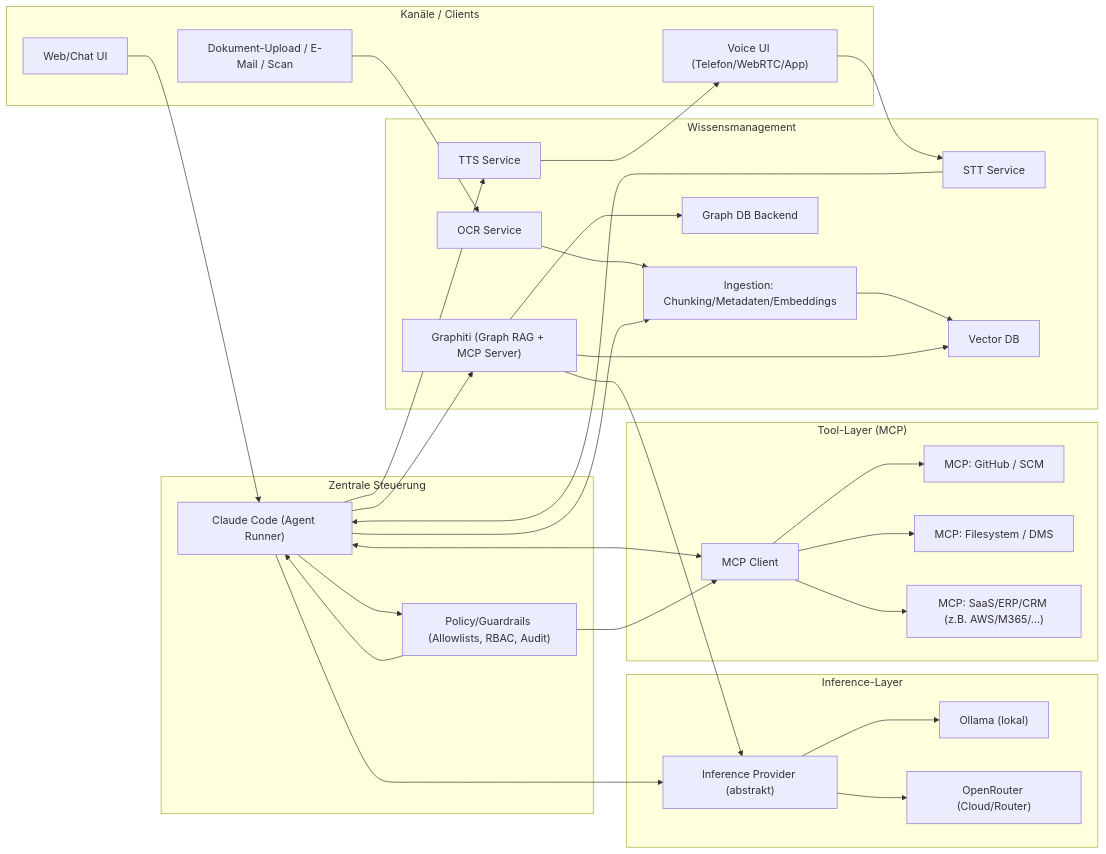
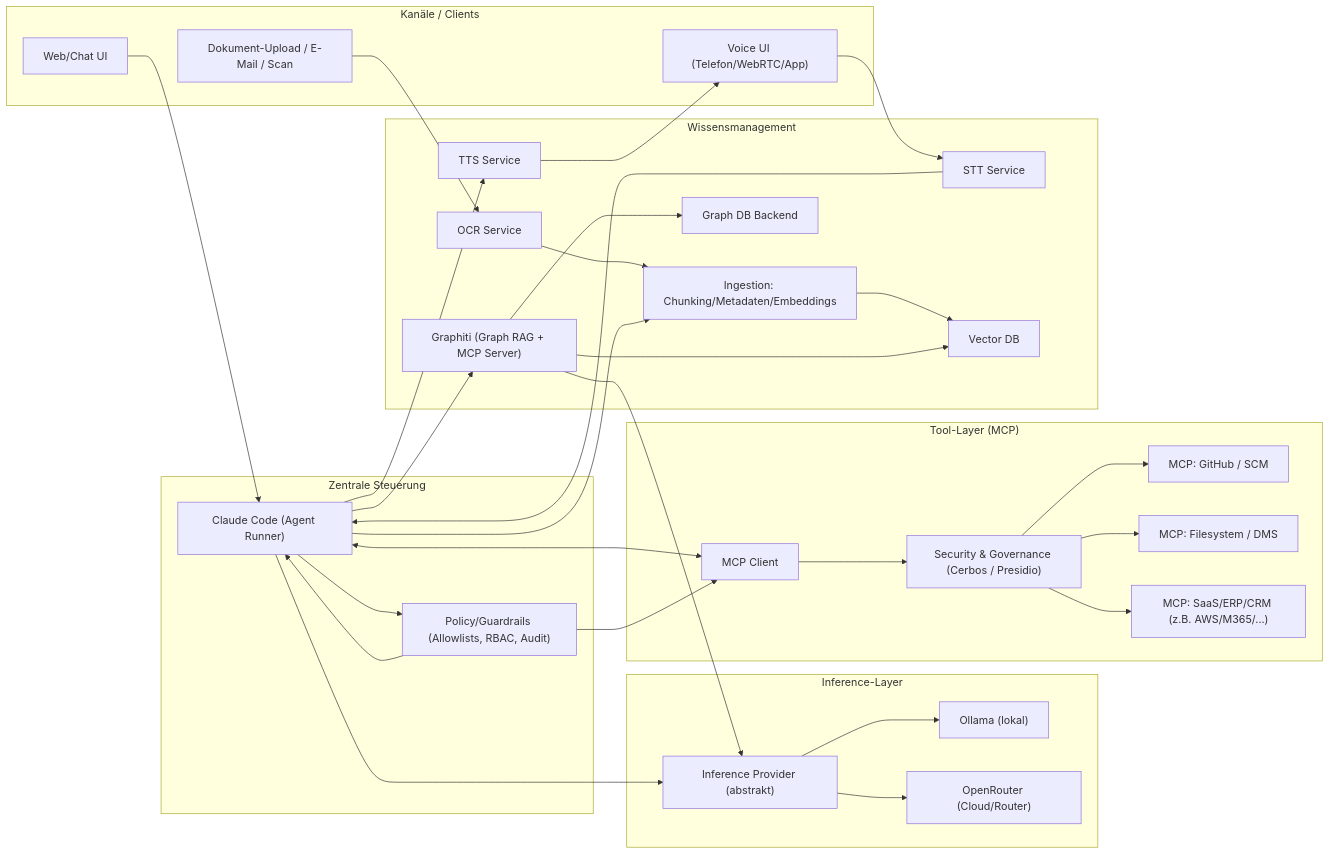
Before and after one commit to alstit01/PluginRemoteDiscoverySession: the diagram in GitHub_Tech-Stack_KMU.md, drawn with Mermaid. The commit also changed other lines of this file and 21 other files, not shown here.

````diff
--- a/GitHub_Tech-Stack_KMU.md
+++ b/GitHub_Tech-Stack_KMU.md
@@ -45,61 +45,63 @@
 ```mermaid
 flowchart LR
   subgraph Clients["Kanäle / Clients"]
     UI["Web/Chat UI"]
     VOICE["Voice UI (Telefon/WebRTC/App)"]
     DOCS["Dokument-Upload / E-Mail / Scan"]
   end
 
   subgraph ORCH["Zentrale Steuerung"]
     CC["Claude Code (Agent Runner)"]
     POLICY["Policy/Guardrails (Allowlists, RBAC, Audit)"]
   end
 
   subgraph INF["Inference-Layer"]
     IP["Inference Provider (abstrakt)"]
     OLL["Ollama (lokal)"]
     OR["OpenRouter (Cloud/Router)"]
   end
 
   subgraph TOOLS["Tool-Layer (MCP)"]
     MCP["MCP Client"]
+    GOVSEC["Security & Governance (Cerbos / Presidio)"]
     GH["MCP: GitHub / SCM"]
     FS["MCP: Filesystem / DMS"]
     SAAS["MCP: SaaS/ERP/CRM (z.B. AWS/M365/...)"]
   end
 
   subgraph KNOW["Wissensmanagement"]
     OCR["OCR Service"]
     STT["STT Service"]
     TTS["TTS Service"]
     ETL["Ingestion: Chunking/Metadaten/Embeddings"]
     VDB["Vector DB"]
     GRAPHITI["Graphiti (Graph RAG + MCP Server)"]
     GDB["Graph DB Backend"]
   end
 
   UI --> CC
   VOICE --> STT --> CC
   CC --> TTS --> VOICE
 
   DOCS --> OCR --> ETL --> VDB
   CC --> ETL
 
   CC <--> MCP
-  MCP --> GH
-  MCP --> FS
-  MCP --> SAAS
+  MCP --> GOVSEC
+  GOVSEC --> GH
+  GOVSEC --> FS
+  GOVSEC --> SAAS
 
   CC --> POLICY
   POLICY --> MCP
   POLICY --> CC
 
   CC --> IP
   IP --> OLL
   IP --> OR
 
   CC --> GRAPHITI
   GRAPHITI --> GDB
   GRAPHITI --> IP
   GRAPHITI --> VDB
 ```
````
